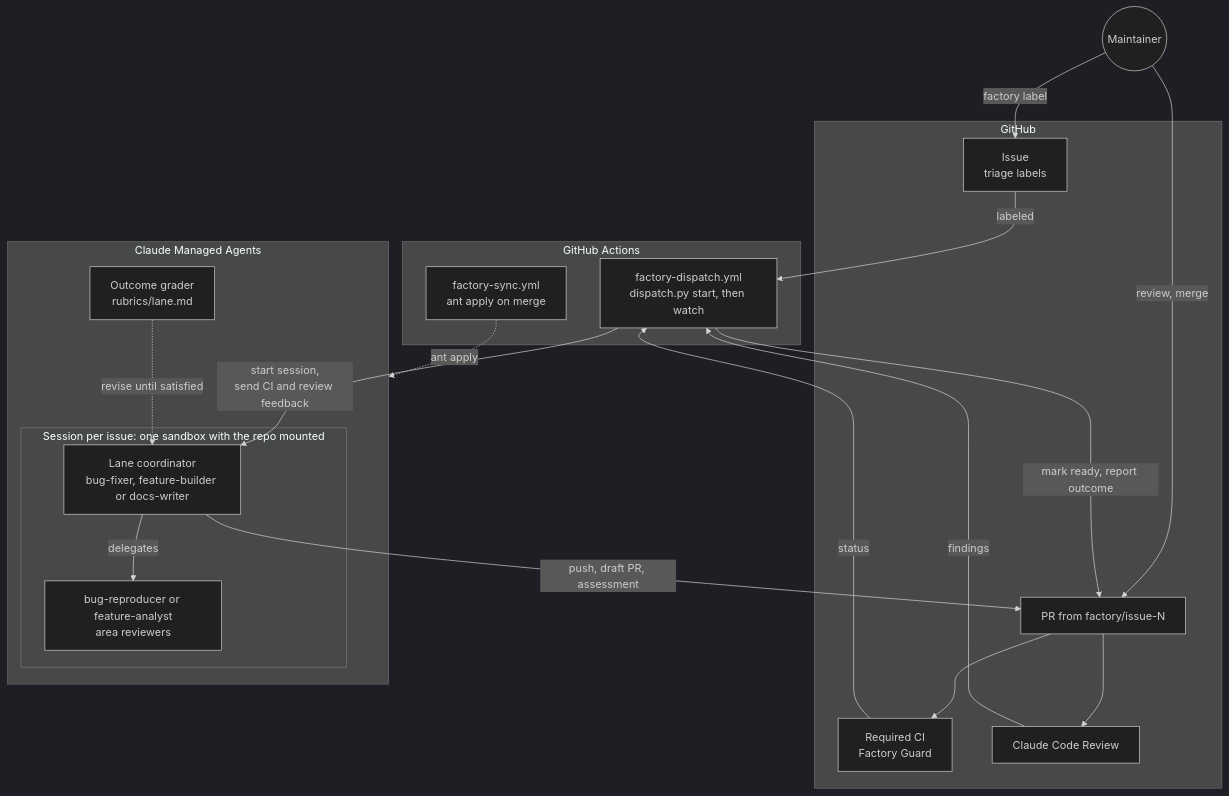
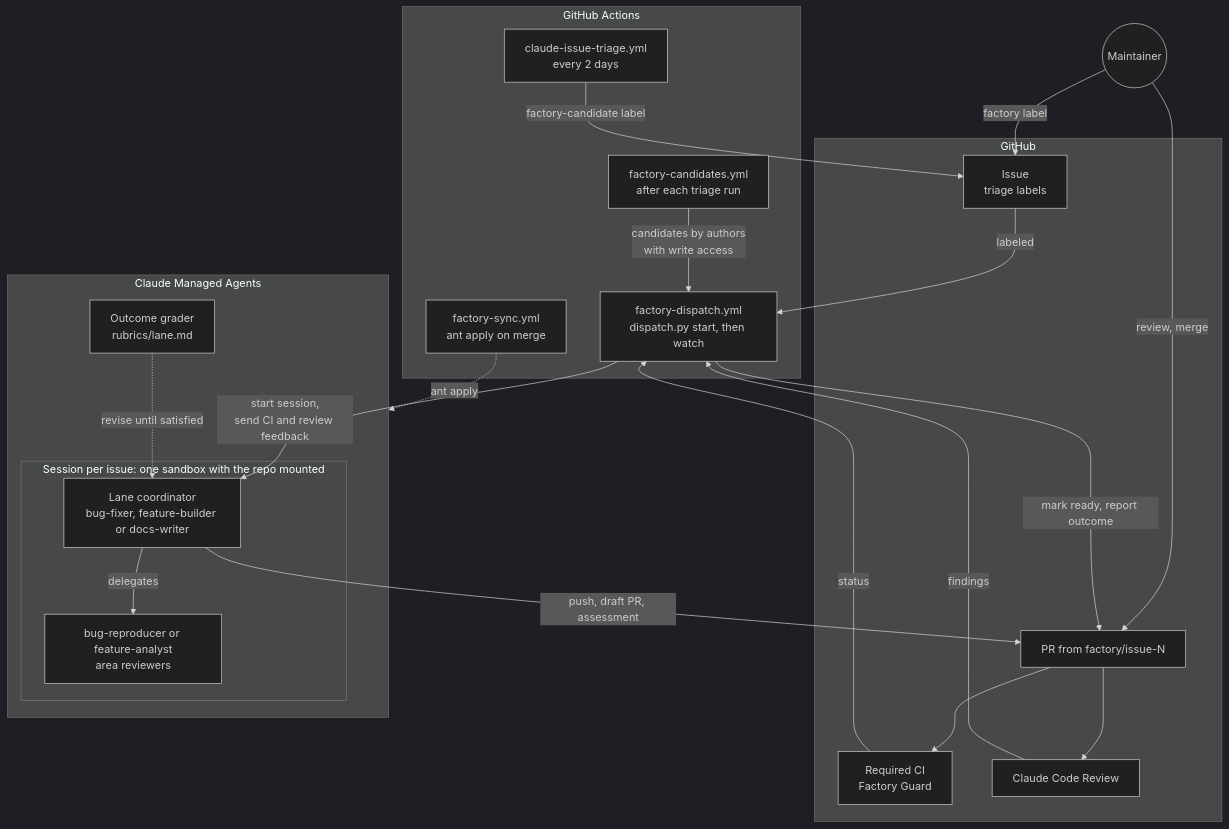
One commit to Arize-ai/phoenix changed the first of 2 diagrams in factory/README.md. Above: the diagram before and after it, drawn with Mermaid (dark theme). The commit also changed other lines of this file and 7 other files, not shown here.

First line of the commit message:
feat(factory): nominate factory candidates in triage and dispatch trusted ones

````diff
--- a/factory/README.md
+++ b/factory/README.md
@@ -9,38 +9,42 @@
 ```mermaid
 flowchart TB
   maintainer(("Maintainer"))
 
   subgraph github["GitHub"]
     issue["Issue<br/>triage labels"]
     pr["PR from factory/issue-N"]
     checks["Required CI<br/>Factory Guard"]
     review["Claude Code Review"]
   end
 
   subgraph actions["GitHub Actions"]
+    triage["claude-issue-triage.yml<br/>every 2 days"]
+    candidates["factory-candidates.yml<br/>after each triage run"]
     dispatch["factory-dispatch.yml<br/>dispatch.py start, then watch"]
     sync["factory-sync.yml<br/>ant apply on merge"]
   end
 
   subgraph agents["Claude Managed Agents"]
     subgraph session["Session per issue: one sandbox with the repo mounted"]
       coordinator["Lane coordinator<br/>bug-fixer, feature-builder or docs-writer"]
       subagents["bug-reproducer or feature-analyst<br/>area reviewers"]
     end
     grader["Outcome grader<br/>rubrics/lane.md"]
   end
 
   maintainer -->|"factory label"| issue
   maintainer -->|"review, merge"| pr
+  triage -->|"factory-candidate label"| issue
+  candidates -->|"candidates by authors<br/>with write access"| dispatch
   issue -->|"labeled"| dispatch
   dispatch -->|"start session,<br/>send CI and review feedback"| coordinator
   coordinator -->|"delegates"| subagents
   grader -.->|"revise until satisfied"| coordinator
   coordinator -->|"push, draft PR, assessment"| pr
   pr --> checks
   pr --> review
   checks -->|"status"| dispatch
   review -->|"findings"| dispatch
   dispatch -->|"mark ready, report outcome"| pr
   sync -.->|"ant apply"| agents
 ```
````
